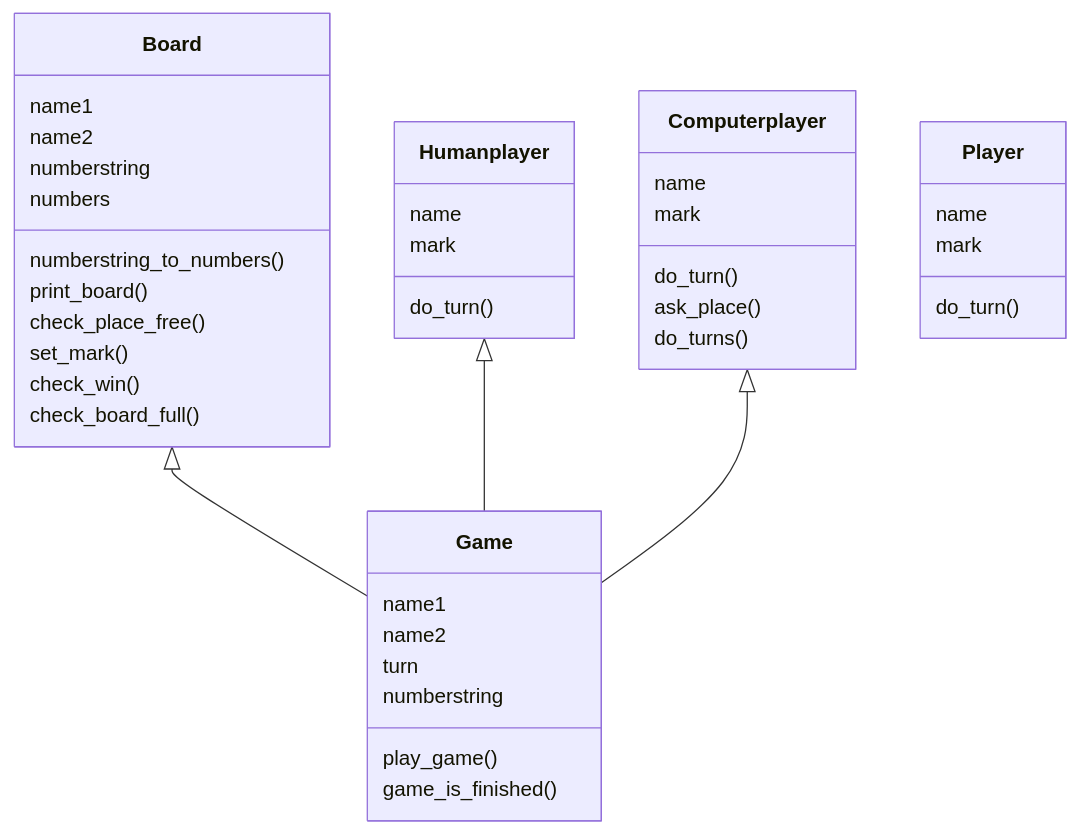
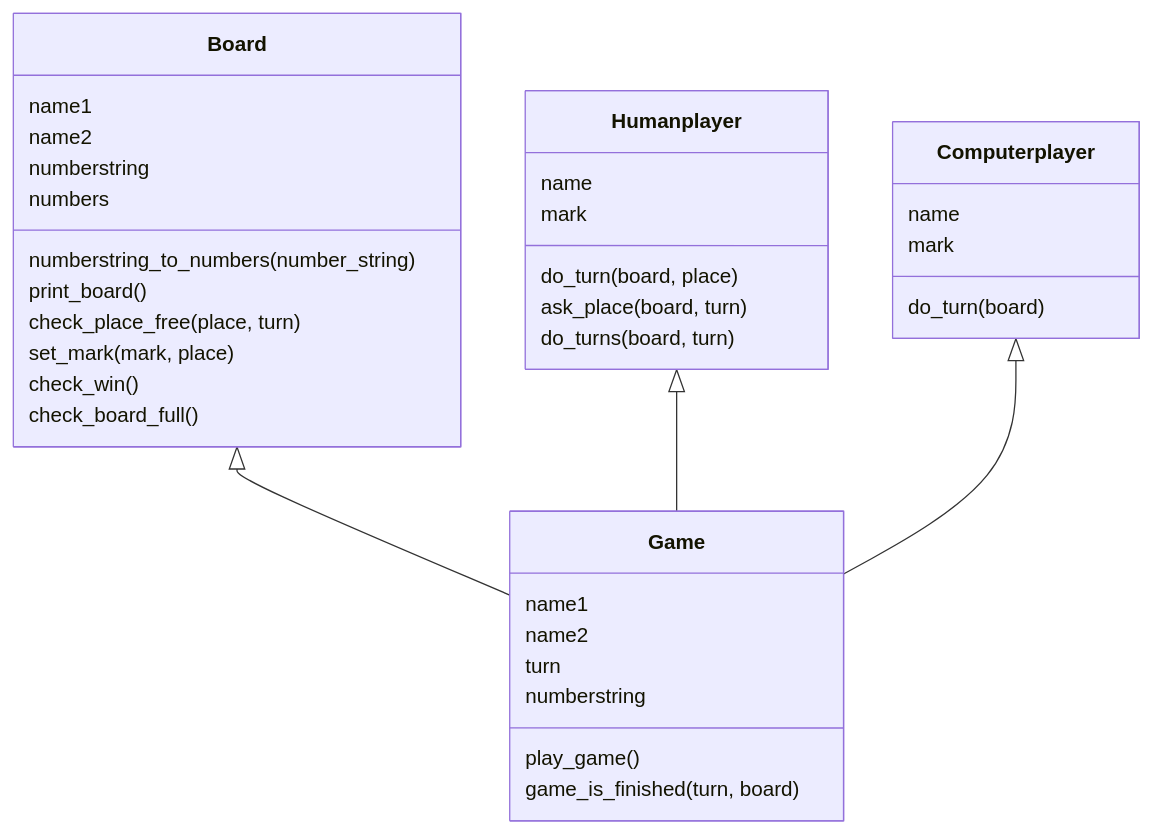
The first of 2 diagrams in dokumentaatio/arkkitehtuuri.md (lauurap/ot-harjoitustyo), drawn with Mermaid before and after one commit. The commit also changed other lines of this file, not shown here.

Commit message:
arkkitehtuuri

````diff
--- a/dokumentaatio/arkkitehtuuri.md
+++ b/dokumentaatio/arkkitehtuuri.md
@@ -26,44 +26,39 @@
 ```mermaid
  classDiagram
       Board <|-- Game
       Humanplayer <|-- Game
       Computerplayer <|-- Game
       class Board{
           name1
           name2
           numberstring
           numbers
-          numberstring_to_numbers()
+          numberstring_to_numbers(number_string)
           print_board()
-          check_place_free()
-          set_mark()
+          check_place_free(place, turn)
+          set_mark(mark, place)
           check_win()
           check_board_full()
 
       }
       class Game{
           name1
           name2
           turn
           numberstring
           play_game()
-          game_is_finished()
+          game_is_finished(turn, board)
       }
       class Humanplayer{
           name
           mark
-          do_turn()
+          do_turn(board, place)
+          ask_place(board, turn)
+          do_turns(board, turn)
       }
       class Computerplayer{
           name
           mark
-          do_turn()
-          ask_place()
-          do_turns()
-      }
-      class Player{
-          name
-          mark
-          do_turn()
+          do_turn(board)
       }
 ```
````
